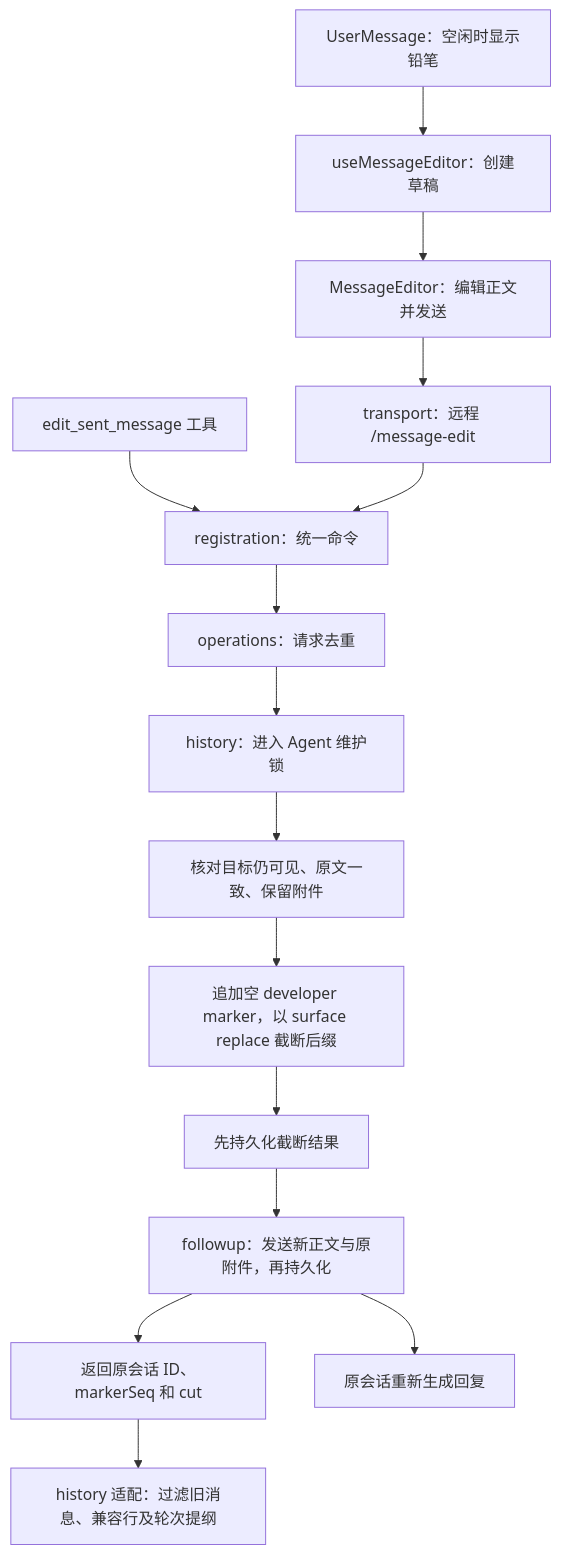
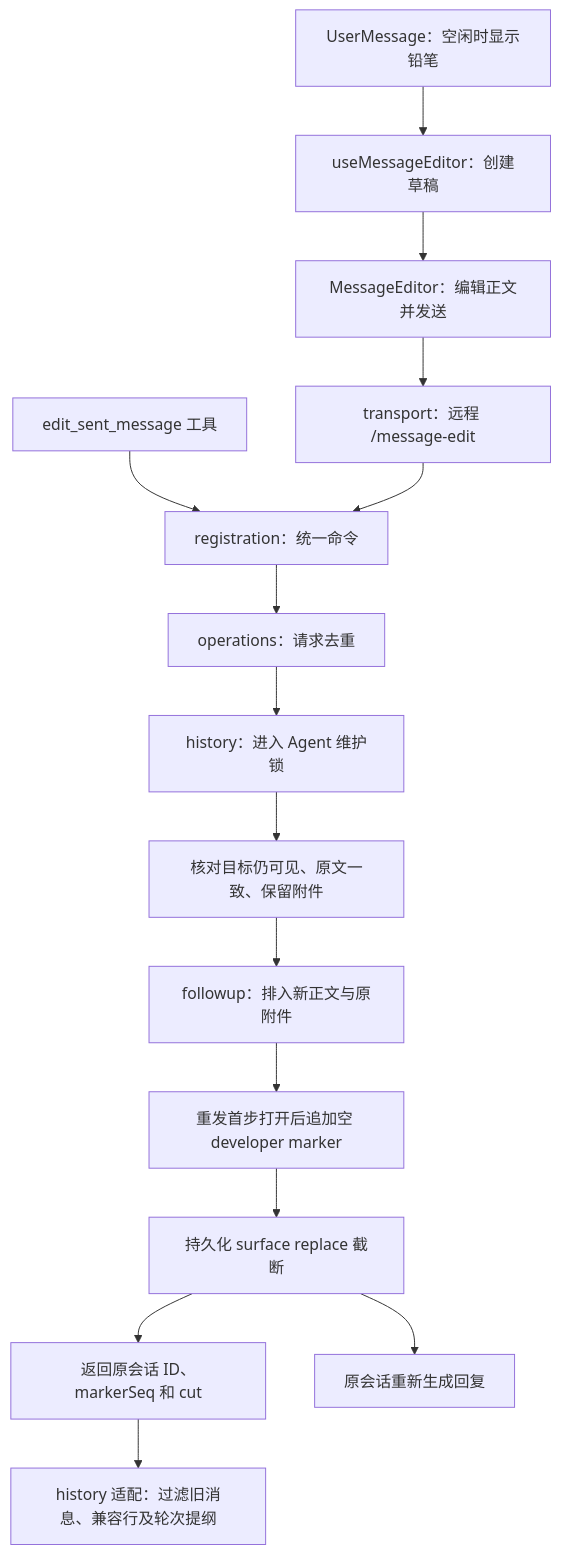
The second of 2 diagrams in docs/ARCHITECTURE.md (Stxr/dsh-message-pencil), drawn with Mermaid before and after one commit. The commit also changed other lines of this file and 20 other files, not shown here.

````diff
--- a/docs/ARCHITECTURE.md
+++ b/docs/ARCHITECTURE.md
@@ -64,17 +64,17 @@
 ```mermaid
 flowchart TD
     UI[UserMessage：空闲时显示铅笔] --> Draft[useMessageEditor：创建草稿]
     Draft --> Form[MessageEditor：编辑正文并发送]
     Form --> RPC[transport：远程 /message-edit]
     Tool[edit_sent_message 工具] --> Command[registration：统一命令]
     RPC --> Command
     Command --> Operation[operations：请求去重]
     Operation --> Edit[history：进入 Agent 维护锁]
     Edit --> Validate[核对目标仍可见、原文一致、保留附件]
-    Validate --> Cut[追加空 developer marker，以 surface replace 截断后缀]
-    Cut --> Flush[先持久化截断结果]
-    Flush --> Send[followup：发送新正文与原附件，再持久化]
-    Send --> Result[返回原会话 ID、markerSeq 和 cut]
+    Validate --> Queue[followup：排入新正文与原附件]
+    Queue --> Cut[重发首步打开后追加空 developer marker]
+    Cut --> Flush[持久化 surface replace 截断]
+    Flush --> Result[返回原会话 ID、markerSeq 和 cut]
     Result --> Display[history 适配：过滤旧消息、兼容行及轮次提纲]
-    Send --> Generate[原会话重新生成回复]
+    Flush --> Generate[原会话重新生成回复]
 ```
````
